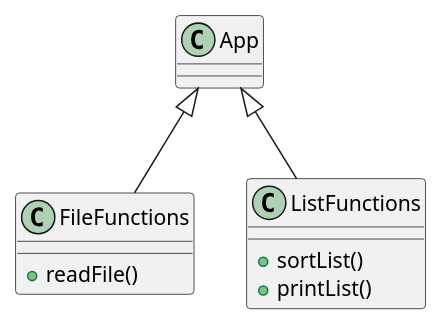
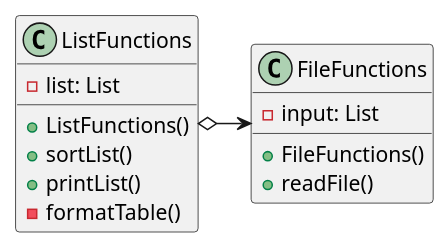
The diagram in src/main/java/oop/assignment3/ex41/base/NameSorter.puml (ivy-nguyen18/nguyen-cop3330-assignment3), drawn with PlantUML before and after one commit. The commit also changed 10 other files, not shown here.

Commit message:
All plantUML updated

```diff
--- a/src/main/java/oop/assignment3/ex41/base/NameSorter.puml
+++ b/src/main/java/oop/assignment3/ex41/base/NameSorter.puml
@@ -1,22 +1,23 @@
 @startuml
 'https://plantuml.com/class-diagram
 
-App <|-- FileFunctions
-App <|-- ListFunctions
+ListFunctions o-> FileFunctions
 
 class FileFunctions {
+    - input: List
+    + FileFunctions()
     + readFile()
 }
 
 class ListFunctions {
+    - list: List
+
+    + ListFunctions()
     + sortList()
     + printList()
-}
-
-class App {
-
-
+    - formatTable()
 }
 
 
+
 @enduml
```
